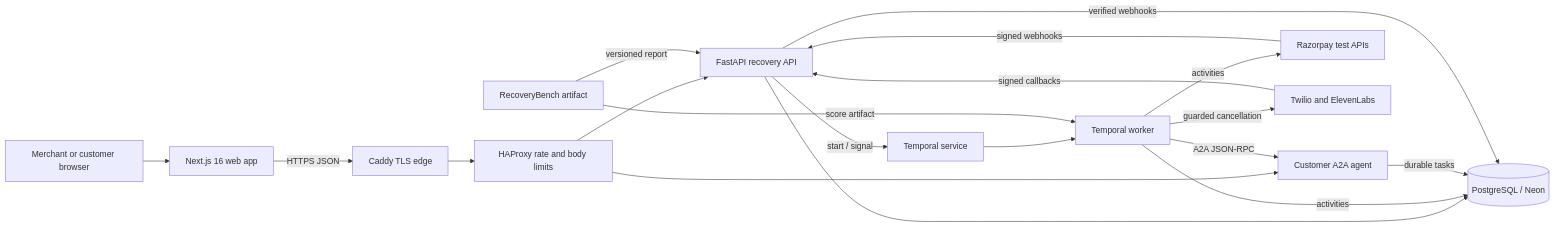
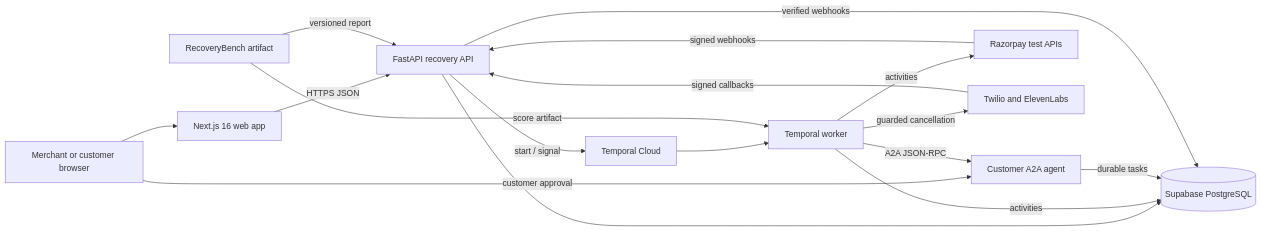
One commit to r9jdp/RecoveryOS changed the diagram in docs/architecture/system-architecture.md. Above: the diagram before and after it, drawn with Mermaid. The commit also changed other lines of this file and 29 other files, not shown here.

````diff
--- a/docs/architecture/system-architecture.md
+++ b/docs/architecture/system-architecture.md
@@ -7,34 +7,30 @@
 ```mermaid
 flowchart LR
     Browser[Merchant or customer browser]
     Web[Next.js 16 web app]
-    Caddy[Caddy TLS edge]
-    Gateway[HAProxy rate and body limits]
     API[FastAPI recovery API]
     Agent[Customer A2A agent]
-    DB[(PostgreSQL / Neon)]
-    Temporal[Temporal service]
+    DB[(Supabase PostgreSQL)]
+    Temporal[Temporal Cloud]
     Worker[Temporal worker]
     Razorpay[Razorpay test APIs]
     Voice[Twilio and ElevenLabs]
     Lab[RecoveryBench artifact]
 
     Browser --> Web
-    Web -->|HTTPS JSON| Caddy
-    Caddy --> Gateway
-    Gateway --> API
-    Gateway --> Agent
+    Web -->|HTTPS JSON| API
+    Browser -->|customer approval| Agent
     API --> DB
     API -->|start / signal| Temporal
     Temporal --> Worker
     Worker -->|activities| DB
     Worker -->|activities| Razorpay
     Worker -->|A2A JSON-RPC| Agent
     Worker -->|guarded cancellation| Voice
     Lab -->|score artifact| Worker
     Agent -->|durable tasks| DB
     Razorpay -->|signed webhooks| API
     API -->|verified webhooks| DB
     Voice -->|signed callbacks| API
     Lab -->|versioned report| API
 ```
````
